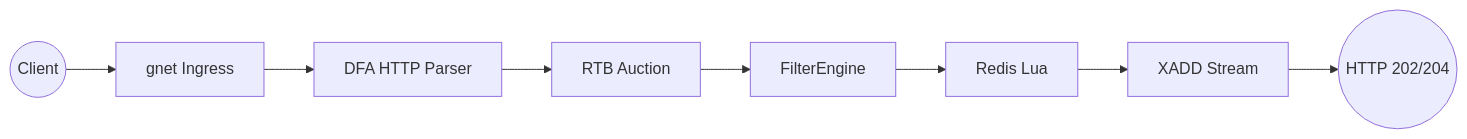
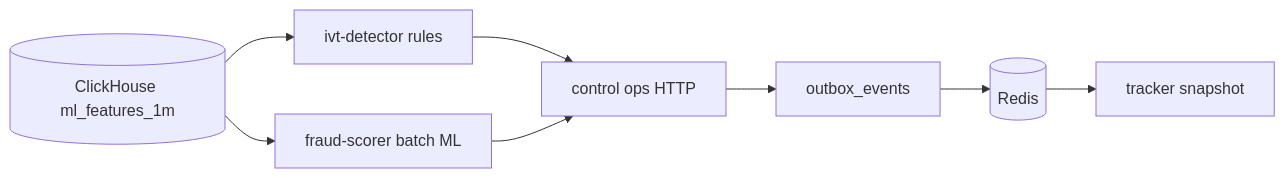
The fifth of 5 diagrams in docs/ARCHITECTURE.md (mykhailov-ua/ad-event-processor), drawn with Mermaid before and after one commit. The commit also changed other lines of this file and 82 other files, not shown here.

````diff
--- a/docs/ARCHITECTURE.md
+++ b/docs/ARCHITECTURE.md
@@ -172,10 +255,18 @@
 ```mermaid
-graph LR
-    Client((Client)) --> Ingress[gnet Ingress]
-    Ingress --> Parse[DFA HTTP Parser]
-    Parse --> RTB[RTB Auction]
-    RTB --> Filter[FilterEngine]
-    Filter --> Lua[Redis Lua]
-    Lua --> Stream[XADD Stream]
-    Stream --> Resp((HTTP 202/204))
+flowchart LR
+    CH[(ClickHouse ml_features_1m)]
+    IVT[ivt-detector rules]
+    FS[fraud-scorer batch ML]
+    CTRL[control ops HTTP]
+    OB[outbox_events]
+    RS[(Redis)]
+    T[tracker snapshot]
+
+    CH --> IVT
+    CH --> FS
+    IVT --> CTRL
+    FS --> CTRL
+    CTRL --> OB
+    OB --> RS
+    RS --> T
 ```
````
